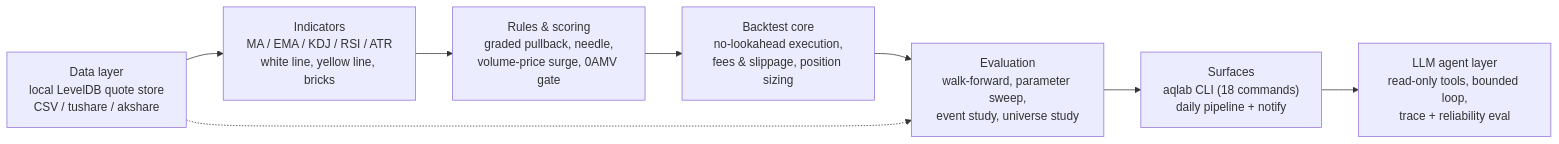
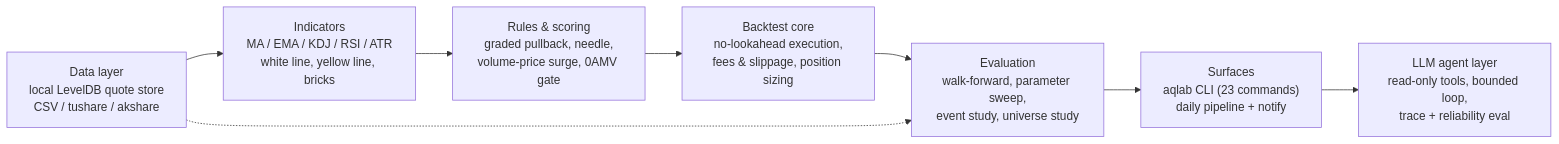
Before and after one commit to zwb-tj/ashare-quant-lab: the diagram in README.md, drawn with Mermaid. The commit also changed other lines of this file and 7 other files, not shown here.

````diff
--- a/README.md
+++ b/README.md
@@ -38,10 +69,10 @@
 ```mermaid
 flowchart LR
     A["Data layer<br/>local LevelDB quote store<br/>CSV / tushare / akshare"] --> B["Indicators<br/>MA / EMA / KDJ / RSI / ATR<br/>white line, yellow line, bricks"]
     B --> C["Rules & scoring<br/>graded pullback, needle,<br/>volume-price surge, 0AMV gate"]
     C --> D["Backtest core<br/>no-lookahead execution,<br/>fees &amp; slippage, position sizing"]
     D --> E["Evaluation<br/>walk-forward, parameter sweep,<br/>event study, universe study"]
-    E --> F["Surfaces<br/>aqlab CLI (18 commands)<br/>daily pipeline + notify"]
+    E --> F["Surfaces<br/>aqlab CLI (23 commands)<br/>daily pipeline + notify"]
     F --> G["LLM agent layer<br/>read-only tools, bounded loop,<br/>trace + reliability eval"]
     A -.-> E
 ```
````
